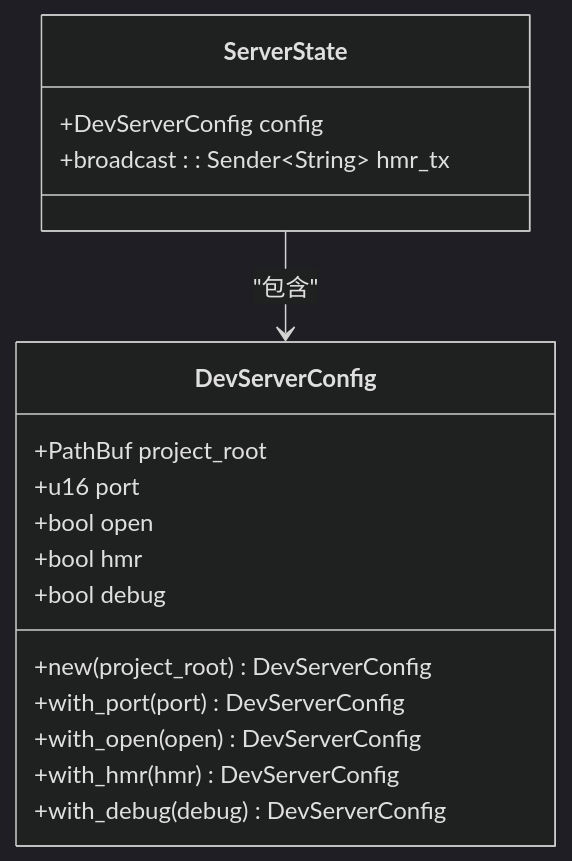
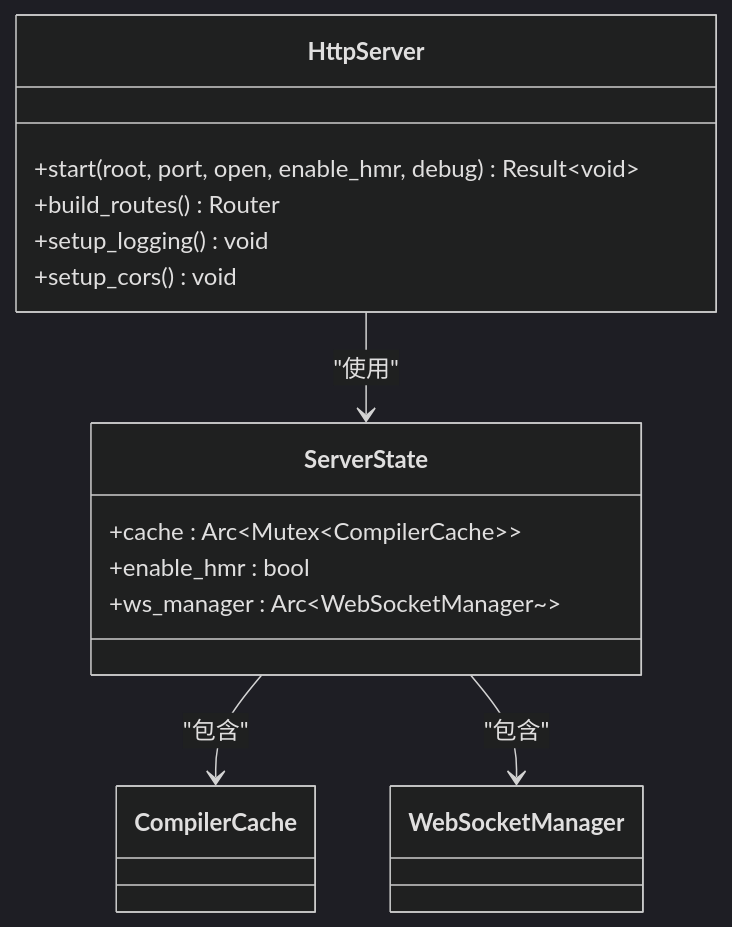
Before and after one commit to itszzl-sudo/iris: the seventh of 10 diagrams in .qoder/repowiki/zh/content/核心功能特性/Iris JetCrab CLI工具.md, drawn with Mermaid (dark theme). The commit also changed other lines of this file and 887 other files, not shown here.

````diff
--- a/.qoder/repowiki/zh/content/核心功能特性/Iris JetCrab CLI工具.md
+++ b/.qoder/repowiki/zh/content/核心功能特性/Iris JetCrab CLI工具.md
@@ -236,20 +325,17 @@
 ```mermaid
 classDiagram
 class ServerState {
-+DevServerConfig config
-+broadcast : : Sender~String~ hmr_tx
++cache : Arc~Mutex~CompilerCache~~
++enable_hmr : bool
++ws_manager : Arc~WebSocketManager~~
 }
-class DevServerConfig {
-+PathBuf project_root
-+u16 port
-+bool open
-+bool hmr
-+bool debug
-+new(project_root) DevServerConfig
-+with_port(port) DevServerConfig
-+with_open(open) DevServerConfig
-+with_hmr(hmr) DevServerConfig
-+with_debug(debug) DevServerConfig
+class HttpServer {
++start(root, port, open, enable_hmr, debug) Result~void~
++build_routes() Router
++setup_logging() void
++setup_cors() void
 }
-ServerState --> DevServerConfig : "包含"
+ServerState --> CompilerCache : "包含"
+ServerState --> WebSocketManager : "包含"
+HttpServer --> ServerState : "使用"
 ```
````
